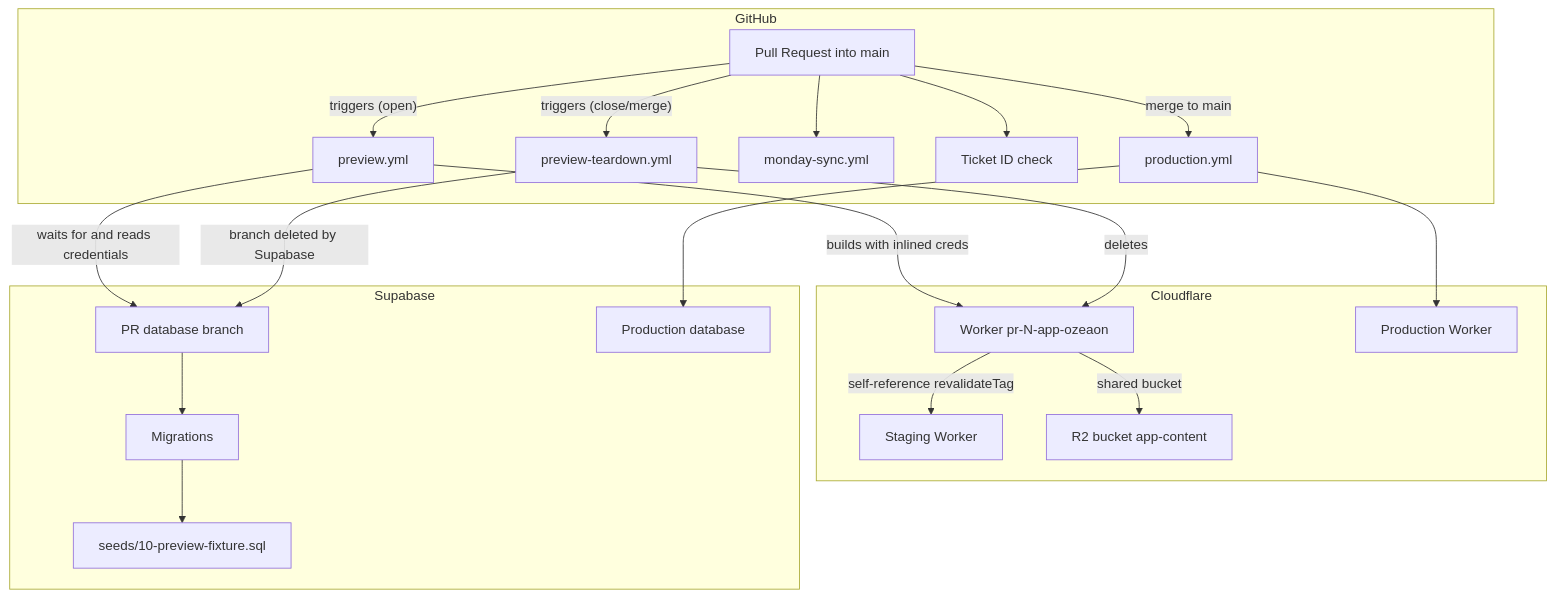
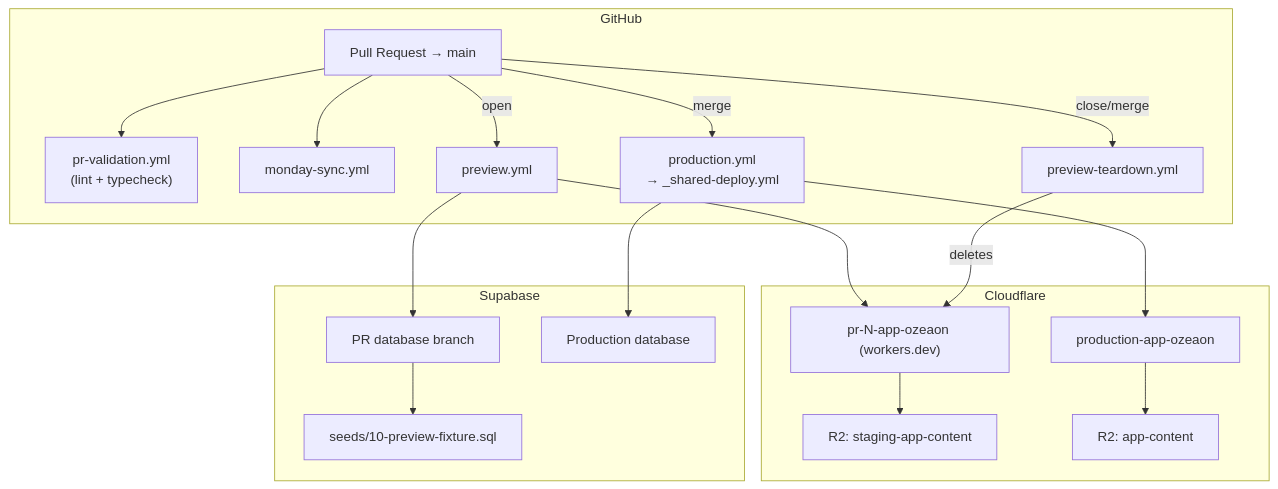
One commit to jackcasstlesjones/ozeaon-wiki changed the first of 2 diagrams in src/content/docs/operations/ci-cd-workflows.md. Above: the diagram before and after it, drawn with Mermaid. The commit also changed other lines of this file and 4 other files, not shown here.

````diff
--- a/src/content/docs/operations/ci-cd-workflows.md
+++ b/src/content/docs/operations/ci-cd-workflows.md
@@ -59,43 +29,39 @@
 ```mermaid
 flowchart TD
     subgraph sg_GitHub["GitHub"]
-        PR["Pull Request into main"]
-        PreviewWF["preview.yml"]
-        TeardownWF["preview-teardown.yml"]
-        MondayWF["monday-sync.yml"]
-        TicketCheck["Ticket ID check"]
-        ProdWF["production.yml"]
+        PR["Pull Request → main"]
+        Validation["pr-validation.yml\n(lint + typecheck)"]
+        Monday["monday-sync.yml"]
+        Preview["preview.yml"]
+        Teardown["preview-teardown.yml"]
+        Production["production.yml\n→ _shared-deploy.yml"]
     end
 
     subgraph sg_Cloudflare["Cloudflare"]
-        Worker["Worker pr-N-app-ozeaon"]
-        StagingWorker["Staging Worker"]
-        ProdWorker["Production Worker"]
-        R2["R2 bucket app-content"]
+        PrWorker["pr-N-app-ozeaon (workers.dev)"]
+        ProdWorker["production-app-ozeaon"]
+        StagingR2["R2: staging-app-content"]
+        ProdR2["R2: app-content"]
     end
 
     subgraph sg_Supabase["Supabase"]
         Branch["PR database branch"]
-        Migrations["Migrations"]
         Fixture["seeds/10-preview-fixture.sql"]
-        SupabaseProd["Production database"]
+        ProdDB["Production database"]
     end
 
-    PR --> MondayWF
-    PR --> TicketCheck
-    PR -->|"triggers (open)"| PreviewWF
-    PR -->|"triggers (close/merge)"| TeardownWF
-    PR -->|"merge to main"| ProdWF
+    PR --> Validation
+    PR --> Monday
+    PR -->|"open"| Preview
+    PR -->|"close/merge"| Teardown
+    PR -->|"merge"| Production
 
-    PreviewWF -->|"waits for and reads credentials"| Branch
-    Branch --> Migrations
-    Migrations --> Fixture
-    PreviewWF -->|"builds with inlined creds"| Worker
-    Worker -->|"self-reference revalidateTag"| StagingWorker
-    Worker -->|"shared bucket"| R2
-    TeardownWF -->|"deletes"| Worker
-    TeardownWF -->|"branch deleted by Supabase"| Branch
-
-    ProdWF --> ProdWorker
-    ProdWF --> SupabaseProd
+    Preview --> Branch
+    Branch --> Fixture
+    Preview --> PrWorker
+    PrWorker --> StagingR2
+    Teardown -->|"deletes"| PrWorker
+    Production --> ProdWorker
+    Production --> ProdDB
+    ProdWorker --> ProdR2
 ```
````
